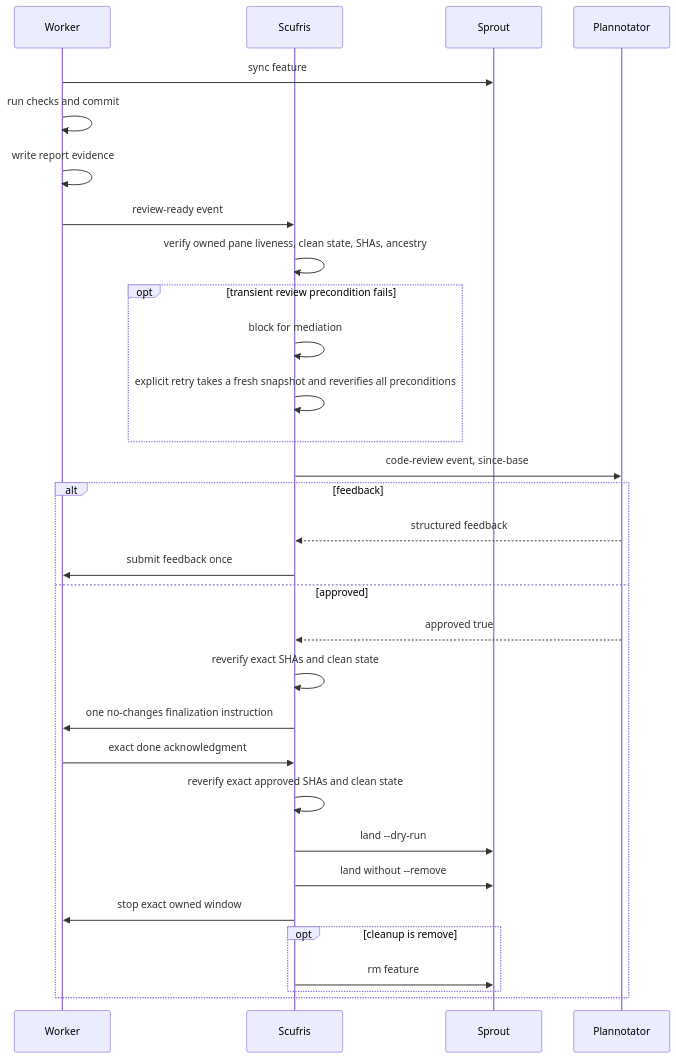
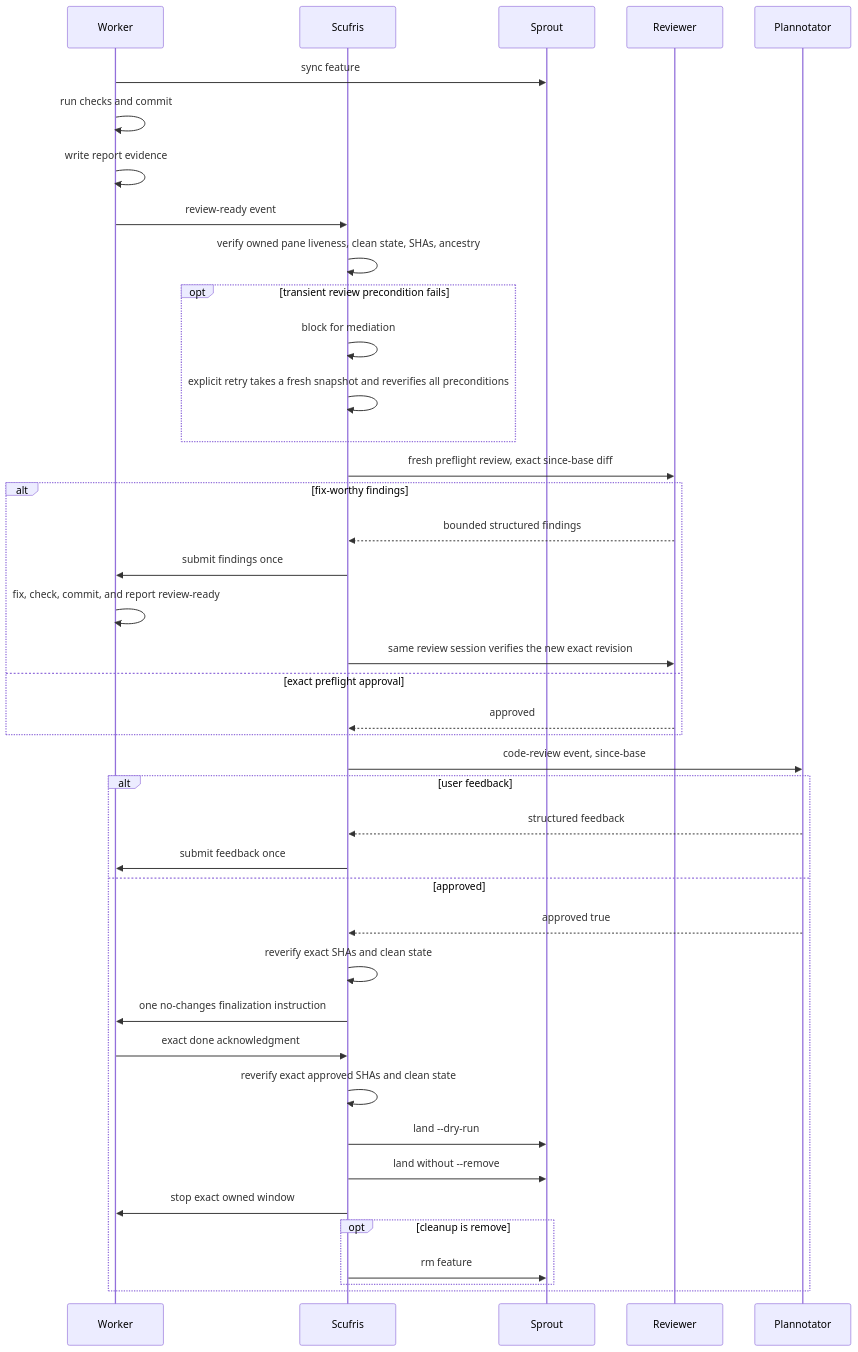
The fourth of 5 diagrams in tasks/20260818-222337/ARCHITECTURE.md (alexjercan/scufris2), drawn with Mermaid before and after one commit. The commit also changed other lines of this file and 1 other file, not shown here.

Commit message:
Define independent preflight review

````diff
--- a/tasks/20260818-222337/ARCHITECTURE.md
+++ b/tasks/20260818-222337/ARCHITECTURE.md
@@ -344,34 +347,44 @@
 ```mermaid
 sequenceDiagram
   participant Worker
   participant Scufris
   participant Sprout
+  participant Reviewer
   participant Plannotator
 
   Worker->>Sprout: sync feature
   Worker->>Worker: run checks and commit
   Worker->>Worker: write report evidence
   Worker->>Scufris: review-ready event
   Scufris->>Scufris: verify owned pane liveness, clean state, SHAs, ancestry
   opt transient review precondition fails
     Scufris->>Scufris: block for mediation
     Scufris->>Scufris: explicit retry takes a fresh snapshot and reverifies all preconditions
   end
+  Scufris->>Reviewer: fresh preflight review, exact since-base diff
+  alt fix-worthy findings
+    Reviewer-->>Scufris: bounded structured findings
+    Scufris->>Worker: submit findings once
+    Worker->>Worker: fix, check, commit, and report review-ready
+    Scufris->>Reviewer: same review session verifies the new exact revision
+  else exact preflight approval
+    Reviewer-->>Scufris: approved
+  end
   Scufris->>Plannotator: code-review event, since-base
-  alt feedback
+  alt user feedback
     Plannotator-->>Scufris: structured feedback
     Scufris->>Worker: submit feedback once
   else approved
     Plannotator-->>Scufris: approved true
     Scufris->>Scufris: reverify exact SHAs and clean state
     Scufris->>Worker: one no-changes finalization instruction
     Worker->>Scufris: exact done acknowledgment
     Scufris->>Scufris: reverify exact approved SHAs and clean state
     Scufris->>Sprout: land --dry-run
     Scufris->>Sprout: land without --remove
     Scufris->>Worker: stop exact owned window
     opt cleanup is remove
       Scufris->>Sprout: rm feature
     end
   end
 ```
````
